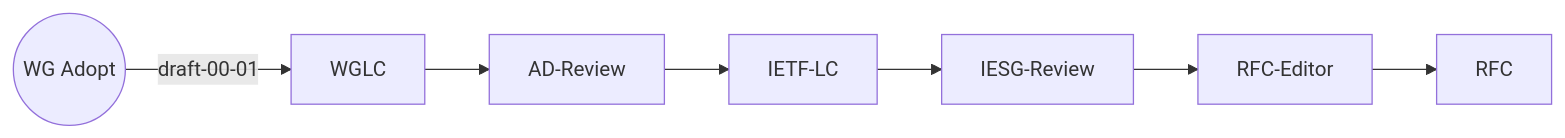
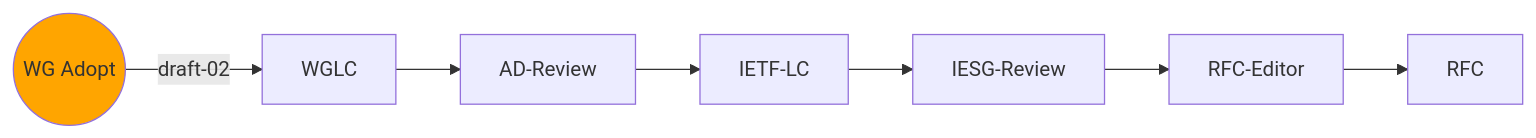
Before and after one commit to ietf-wg-httpapi/ietf-wg-httpapi.github.io: the sixth of 8 diagrams in index.md, drawn with Mermaid. The commit also changed other lines of this file, not shown here.

Commit message:
Updated progress graphs for IETF 116

````diff
--- a/index.md
+++ b/index.md
@@ -77,9 +104,13 @@
 ```mermaid
 graph LR
-    WG-Adopt((WG Adopt)) --draft-00-01--> WGLC
+    classDef current fill:orange
+    classDef lastIETF fill:pink
+
+    WG-Adopt((WG Adopt)) --draft-02--> WGLC
+    class WG-Adopt current
     WGLC --> AD-Review
     AD-Review --> IETF-LC
     IETF-LC --> IESG-Review
     IESG-Review --> RFC-Editor
     RFC-Editor --> RFC
 ```
````
